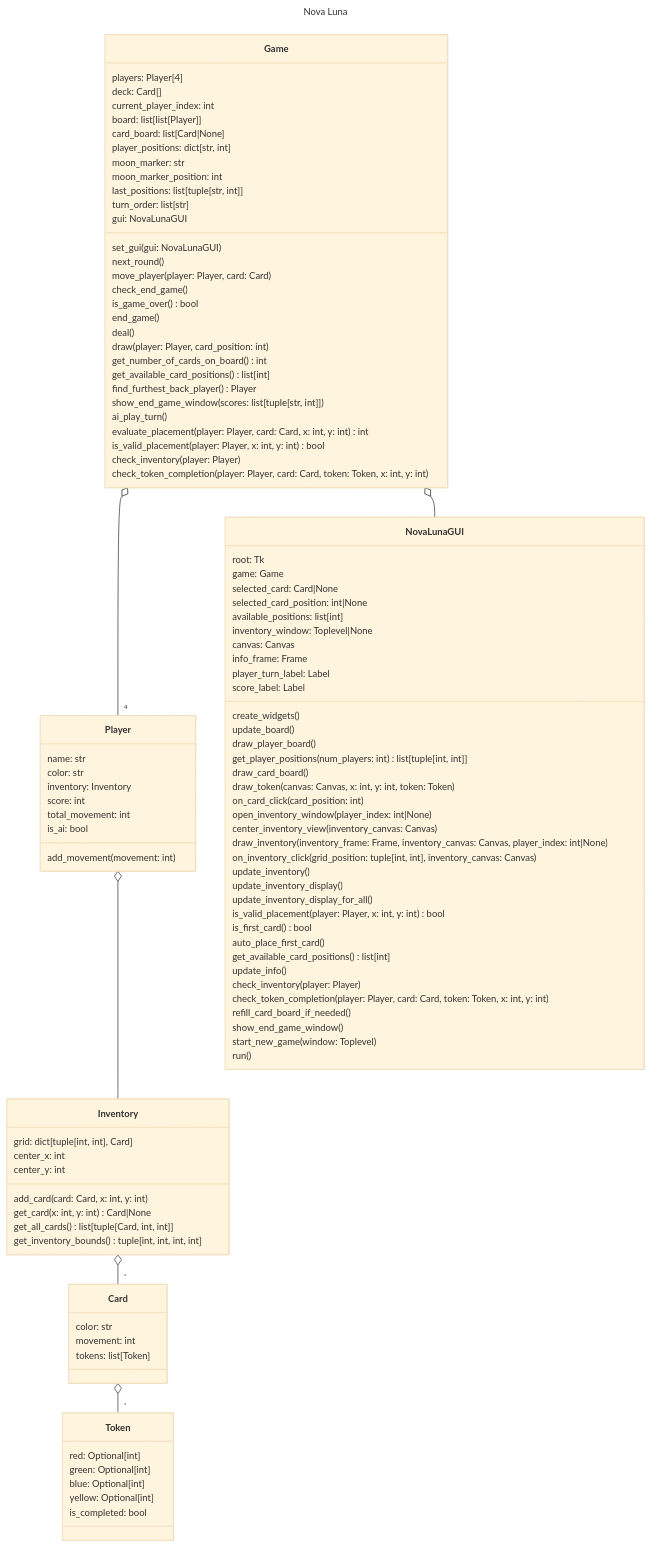
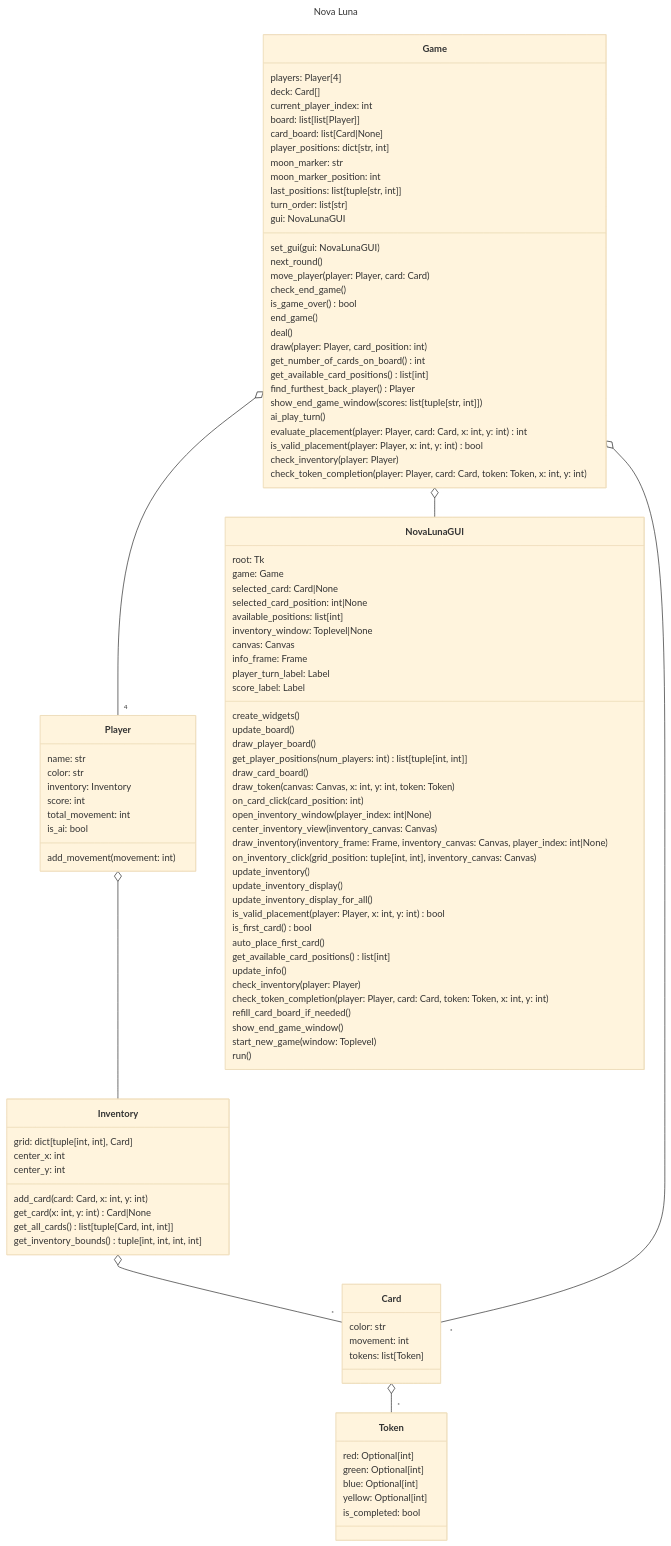
One commit to Uni-Sopron/nova-luna changed the diagram in classdiagram.md. Above: the diagram before and after it, drawn with Mermaid (base theme).

Commit message:
Adat struktúra frissítése

```diff
--- a/classdiagram.md
+++ b/classdiagram.md
@@ -63,6 +63,7 @@
     tokens: list[Token]
 }
 Inventory o-- "*" Card
+Game o-- "*" Card
 
 class Token {
     red: Optional[int]
```
